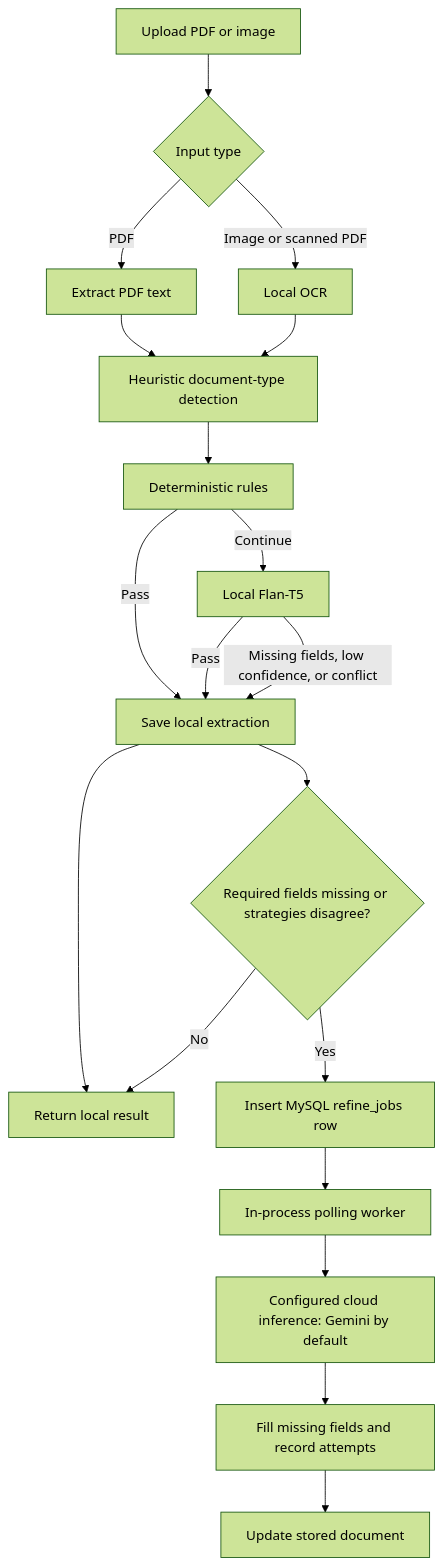
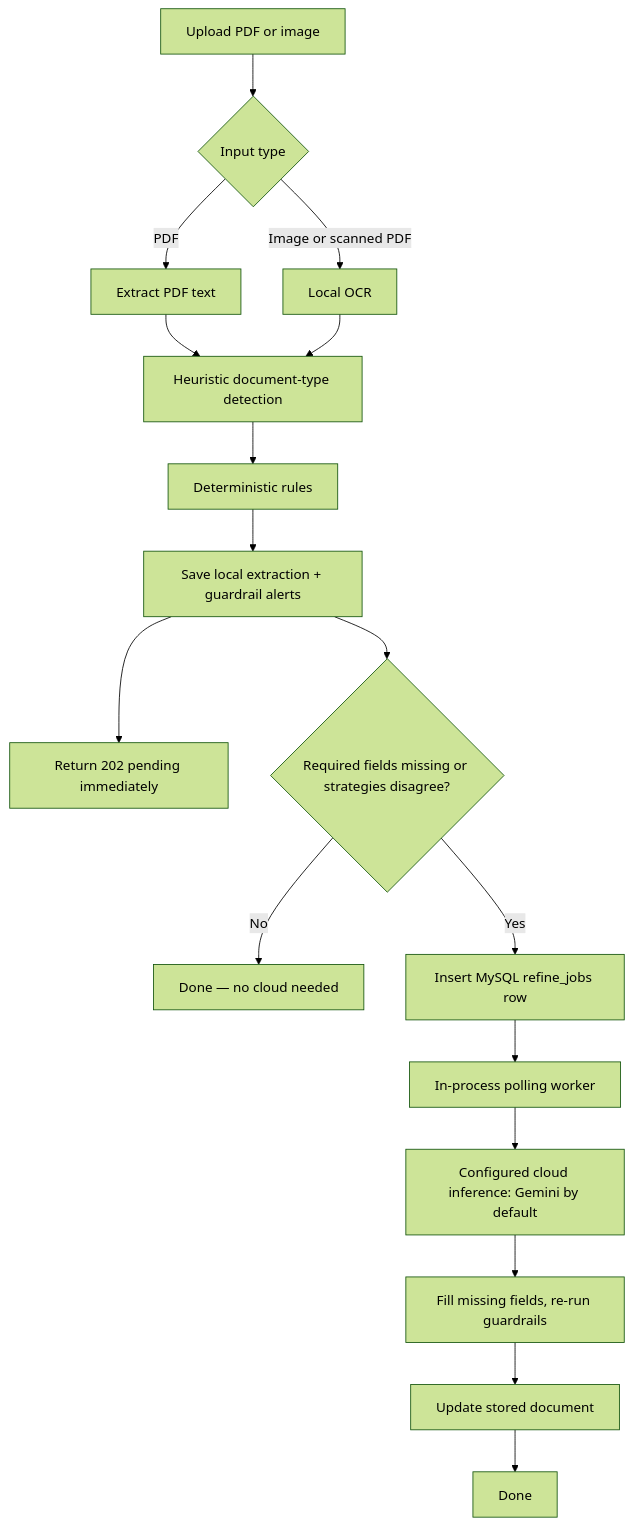
One commit to GouthamKarthick/ParseTrail changed the diagram in README.md. Above: the diagram before and after it, drawn with Mermaid (forest theme). The commit also changed other lines of this file and 27 other files, not shown here.

Commit message:
feat: guardrail alerts, pipeline metrics, review-count alignment

````diff
--- a/README.md
+++ b/README.md
@@ -34,21 +34,19 @@
 ```mermaid
 flowchart TD
     A[Upload PDF or image] --> B{Input type}
     B -->|PDF| C[Extract PDF text]
     B -->|Image or scanned PDF| D[Local OCR]
     C --> E[Heuristic document-type detection]
     D --> E
     E --> F[Deterministic rules]
-    F -->|Pass| G[Save local extraction]
-    F -->|Continue| H[Local Flan-T5]
-    H -->|Pass| G
-    H -->|Missing fields, low confidence, or conflict| G
-    G --> J[Return local result]
+    F --> G[Save local extraction + guardrail alerts]
+    G --> H[Return 202 pending immediately]
     G --> I{Required fields missing or strategies disagree?}
-    I -->|No| J
+    I -->|No| J[Done — no cloud needed]
     I -->|Yes| K[Insert MySQL refine_jobs row]
     K --> L[In-process polling worker]
     L --> M[Configured cloud inference: Gemini by default]
-    M --> N[Fill missing fields and record attempts]
+    M --> N[Fill missing fields, re-run guardrails]
     N --> O[Update stored document]
+    O --> P[Done]
 ```
````
